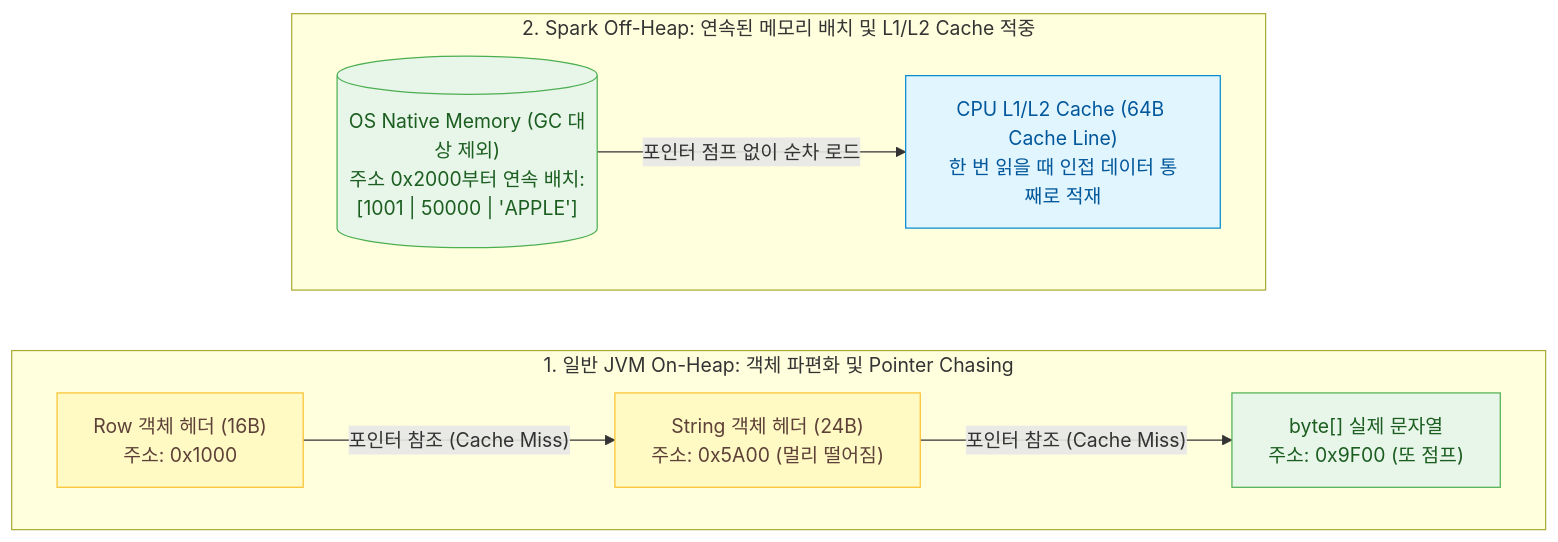
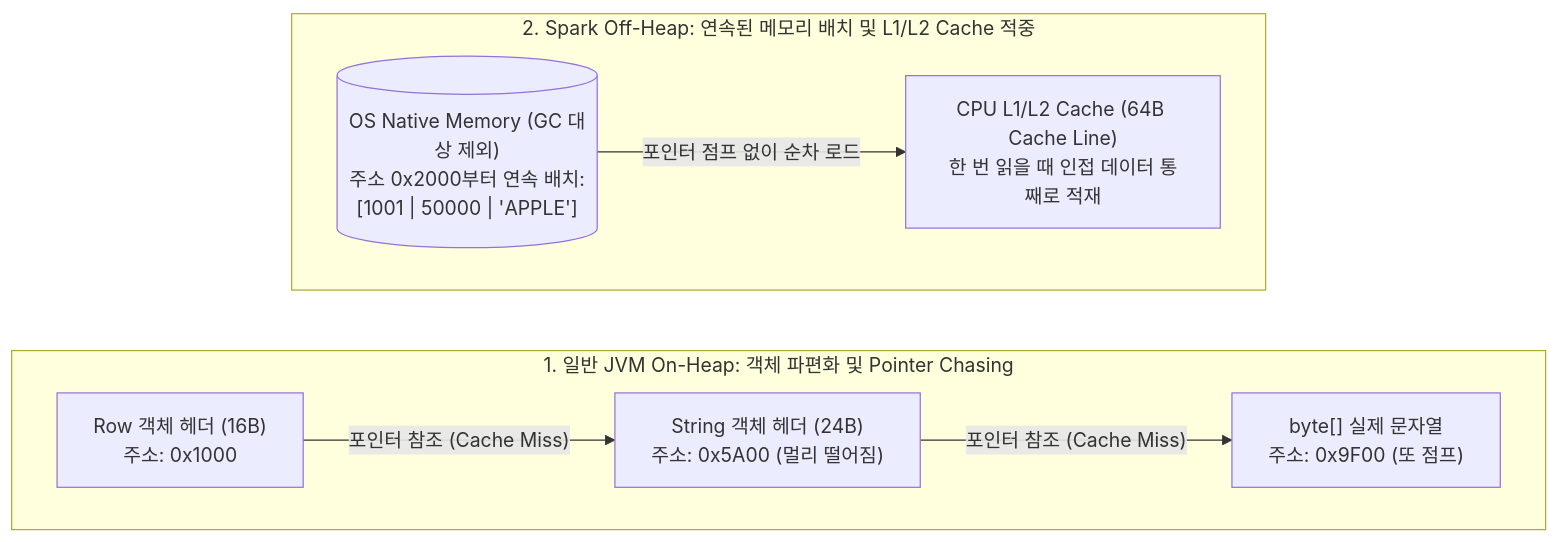
One commit to djpibo/djpibo.github.io changed the second of 11 diagrams in docs/dbms/distributed/mapreduce-spark-and-distributed-db-internals.md. Above: the diagram before and after it, drawn with Mermaid. The commit also changed other lines of this file and 8 other files, not shown here.

Commit message:
style(mermaid): unify all diagrams to monochrome and remove colored rect boxes

````diff
--- a/docs/dbms/distributed/mapreduce-spark-and-distributed-db-internals.md
+++ b/docs/dbms/distributed/mapreduce-spark-and-distributed-db-internals.md
@@ -73,22 +69,19 @@
 ```mermaid
 flowchart LR
-    classDef storage fill:#E8F5E9,stroke:#4CAF50,color:#1B5E20;
-    classDef process fill:#FFF9C4,stroke:#FBC02D,color:#5D4037;
-    classDef cloud fill:#E1F5FE,stroke:#0288D1,color:#01579B;
 
     subgraph ON_HEAP ["1. 일반 JVM On-Heap: 객체 파편화 및 Pointer Chasing"]
         direction LR
-        ROW_OBJ["Row 객체 헤더 (16B)<br/>주소: 0x1000"]:::process
-        STR_OBJ["String 객체 헤더 (24B)<br/>주소: 0x5A00 (멀리 떨어짐)"]:::process
-        CHAR_ARR["byte[] 실제 문자열<br/>주소: 0x9F00 (또 점프)"]:::storage
+        ROW_OBJ["Row 객체 헤더 (16B)<br/>주소: 0x1000"]
+        STR_OBJ["String 객체 헤더 (24B)<br/>주소: 0x5A00 (멀리 떨어짐)"]
+        CHAR_ARR["byte[] 실제 문자열<br/>주소: 0x9F00 (또 점프)"]
         ROW_OBJ -->|"포인터 참조 (Cache Miss)"| STR_OBJ
         STR_OBJ -->|"포인터 참조 (Cache Miss)"| CHAR_ARR
     end
 
     subgraph OFF_HEAP ["2. Spark Off-Heap: 연속된 메모리 배치 및 L1/L2 Cache 적중"]
         direction LR
-        CONT_MEM[("OS Native Memory (GC 대상 제외)<br/>주소 0x2000부터 연속 배치:<br/>[1001 | 50000 | 'APPLE']")]:::storage
-        CPU_CACHE["CPU L1/L2 Cache (64B Cache Line)<br/>한 번 읽을 때 인접 데이터 통째로 적재"]:::cloud
+        CONT_MEM[("OS Native Memory (GC 대상 제외)<br/>주소 0x2000부터 연속 배치:<br/>[1001 | 50000 | 'APPLE']")]
+        CPU_CACHE["CPU L1/L2 Cache (64B Cache Line)<br/>한 번 읽을 때 인접 데이터 통째로 적재"]
         CONT_MEM -->|"포인터 점프 없이 순차 로드"| CPU_CACHE
     end
 ```
````
